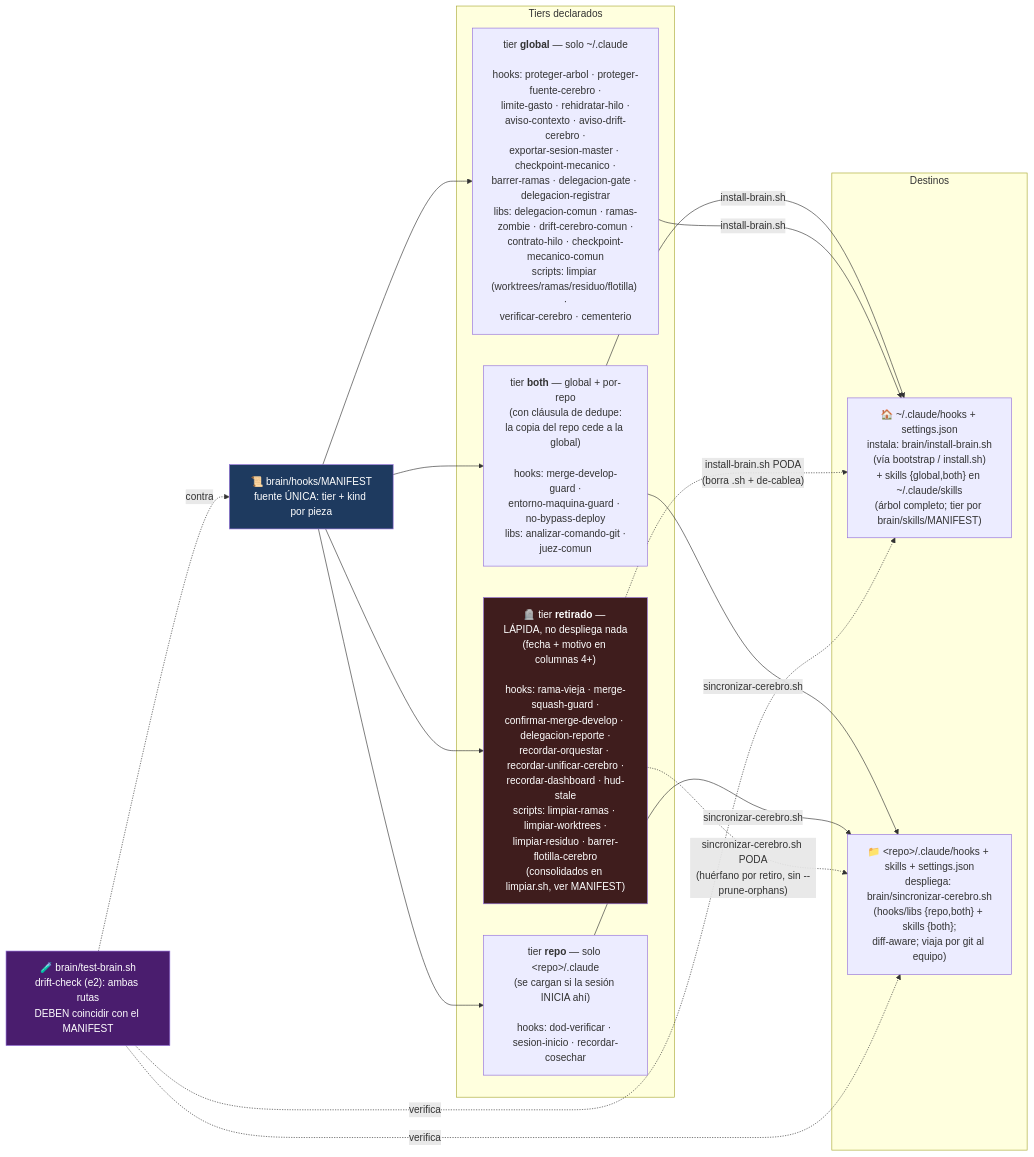
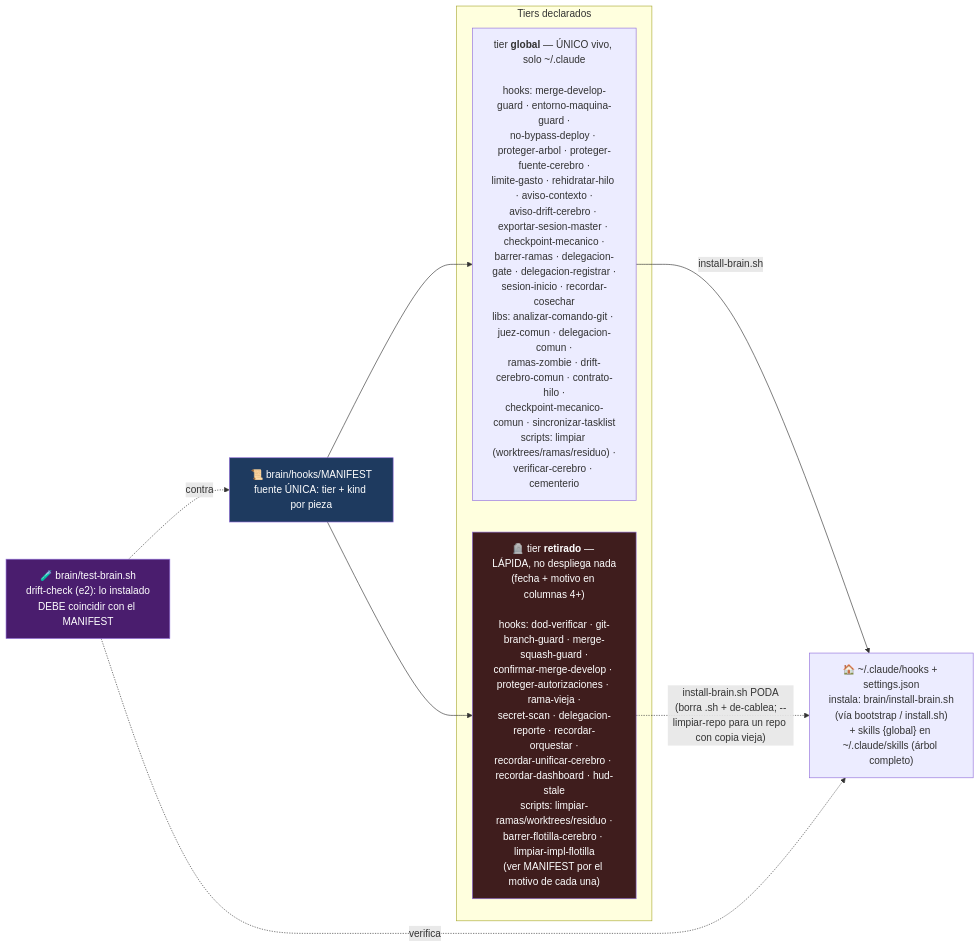
Before and after one commit to unjordi/cortex: the fourth of 4 diagrams in docs/mapa-cerebro.md, drawn with Mermaid. The commit also changed other lines of this file and 3 other files, not shown here.

First line of the commit message:
docs(cerebro): retira el man-page de sincronizar-cerebro + mapa-cerebro al día (solo cerebro global)

````diff
--- a/docs/mapa-cerebro.md
+++ b/docs/mapa-cerebro.md
@@ -171,36 +172,24 @@
 ```mermaid
 flowchart LR
     MANIFEST["📜 brain/hooks/MANIFEST<br/>fuente ÚNICA: tier + kind por pieza"]
 
     subgraph tiers["Tiers declarados"]
-        BOTH["tier <b>both</b> — global + por-repo<br/>(con cláusula de dedupe:<br/>la copia del repo cede a la global)<br/><br/>hooks: merge-develop-guard ·<br/>entorno-maquina-guard · no-bypass-deploy<br/>libs: analizar-comando-git ·<br/>juez-comun"]
-        GLOBAL["tier <b>global</b> — solo ~/.claude<br/><br/>hooks: proteger-arbol · proteger-fuente-cerebro ·<br/>limite-gasto · rehidratar-hilo ·<br/>aviso-contexto · aviso-drift-cerebro ·<br/>exportar-sesion-master · checkpoint-mecanico ·<br/>barrer-ramas · delegacion-gate · delegacion-registrar<br/>libs: delegacion-comun · ramas-zombie · drift-cerebro-comun ·<br/>contrato-hilo · checkpoint-mecanico-comun<br/>scripts: limpiar (worktrees/ramas/residuo/flotilla) ·<br/>verificar-cerebro · cementerio"]
-        REPO["tier <b>repo</b> — solo &lt;repo&gt;/.claude<br/>(se cargan si la sesión INICIA ahí)<br/><br/>hooks: dod-verificar · sesion-inicio · recordar-cosechar"]
-        RETIRADO["🪦 tier <b>retirado</b> — LÁPIDA, no despliega nada<br/>(fecha + motivo en columnas 4+)<br/><br/>hooks: rama-vieja · merge-squash-guard ·<br/>confirmar-merge-develop · delegacion-reporte ·<br/>recordar-orquestar · recordar-unificar-cerebro ·<br/>recordar-dashboard · hud-stale<br/>scripts: limpiar-ramas · limpiar-worktrees ·<br/>limpiar-residuo · barrer-flotilla-cerebro<br/>(consolidados en limpiar.sh, ver MANIFEST)"]
+        GLOBAL["tier <b>global</b> — ÚNICO vivo, solo ~/.claude<br/><br/>hooks: merge-develop-guard · entorno-maquina-guard ·<br/>no-bypass-deploy · proteger-arbol · proteger-fuente-cerebro ·<br/>limite-gasto · rehidratar-hilo · aviso-contexto ·<br/>aviso-drift-cerebro · exportar-sesion-master · checkpoint-mecanico ·<br/>barrer-ramas · delegacion-gate · delegacion-registrar ·<br/>sesion-inicio · recordar-cosechar<br/>libs: analizar-comando-git · juez-comun · delegacion-comun ·<br/>ramas-zombie · drift-cerebro-comun · contrato-hilo ·<br/>checkpoint-mecanico-comun · sincronizar-tasklist<br/>scripts: limpiar (worktrees/ramas/residuo) ·<br/>verificar-cerebro · cementerio"]
+        RETIRADO["🪦 tier <b>retirado</b> — LÁPIDA, no despliega nada<br/>(fecha + motivo en columnas 4+)<br/><br/>hooks: dod-verificar · git-branch-guard · merge-squash-guard ·<br/>confirmar-merge-develop · proteger-autorizaciones · rama-vieja ·<br/>secret-scan · delegacion-reporte · recordar-orquestar ·<br/>recordar-unificar-cerebro · recordar-dashboard · hud-stale<br/>scripts: limpiar-ramas/worktrees/residuo ·<br/>barrer-flotilla-cerebro · limpiar-impl-flotilla<br/>(ver MANIFEST por el motivo de cada una)"]
     end
 
-    subgraph destinos["Destinos"]
-        GDIR["🏠 ~/.claude/hooks + settings.json<br/>instala: brain/install-brain.sh<br/>(vía bootstrap / install.sh)<br/>+ skills {global,both} en ~/.claude/skills<br/>(árbol completo; tier por brain/skills/MANIFEST)"]
-        RDIR["📁 &lt;repo&gt;/.claude/hooks + skills + settings.json<br/>despliega: brain/sincronizar-cerebro.sh<br/>(hooks/libs {repo,both} + skills {both};<br/>diff-aware; viaja por git al equipo)"]
-    end
+    GDIR["🏠 ~/.claude/hooks + settings.json<br/>instala: brain/install-brain.sh<br/>(vía bootstrap / install.sh)<br/>+ skills {global} en ~/.claude/skills (árbol completo)"]
 
-    TEST["🧪 brain/test-brain.sh<br/>drift-check (e2): ambas rutas<br/>DEBEN coincidir con el MANIFEST"]
+    TEST["🧪 brain/test-brain.sh<br/>drift-check (e2): lo instalado<br/>DEBE coincidir con el MANIFEST"]
 
-    MANIFEST --> BOTH
     MANIFEST --> GLOBAL
-    MANIFEST --> REPO
     MANIFEST --> RETIRADO
-    BOTH -->|"install-brain.sh"| GDIR
-    BOTH -->|"sincronizar-cerebro.sh"| RDIR
     GLOBAL -->|"install-brain.sh"| GDIR
-    REPO -->|"sincronizar-cerebro.sh"| RDIR
-    RETIRADO -.->|"install-brain.sh PODA<br/>(borra .sh + de-cablea)"| GDIR
-    RETIRADO -.->|"sincronizar-cerebro.sh PODA<br/>(huérfano por retiro, sin --prune-orphans)"| RDIR
+    RETIRADO -.->|"install-brain.sh PODA<br/>(borra .sh + de-cablea; --limpiar-repo para un repo con copia vieja)"| GDIR
     TEST -.->|verifica| GDIR
-    TEST -.->|verifica| RDIR
     TEST -.->|contra| MANIFEST
 
     style MANIFEST fill:#1e3a5f,color:#fff
     style TEST fill:#4a1d6e,color:#fff
     style RETIRADO fill:#3f1d1d,color:#fff
 ```
````
